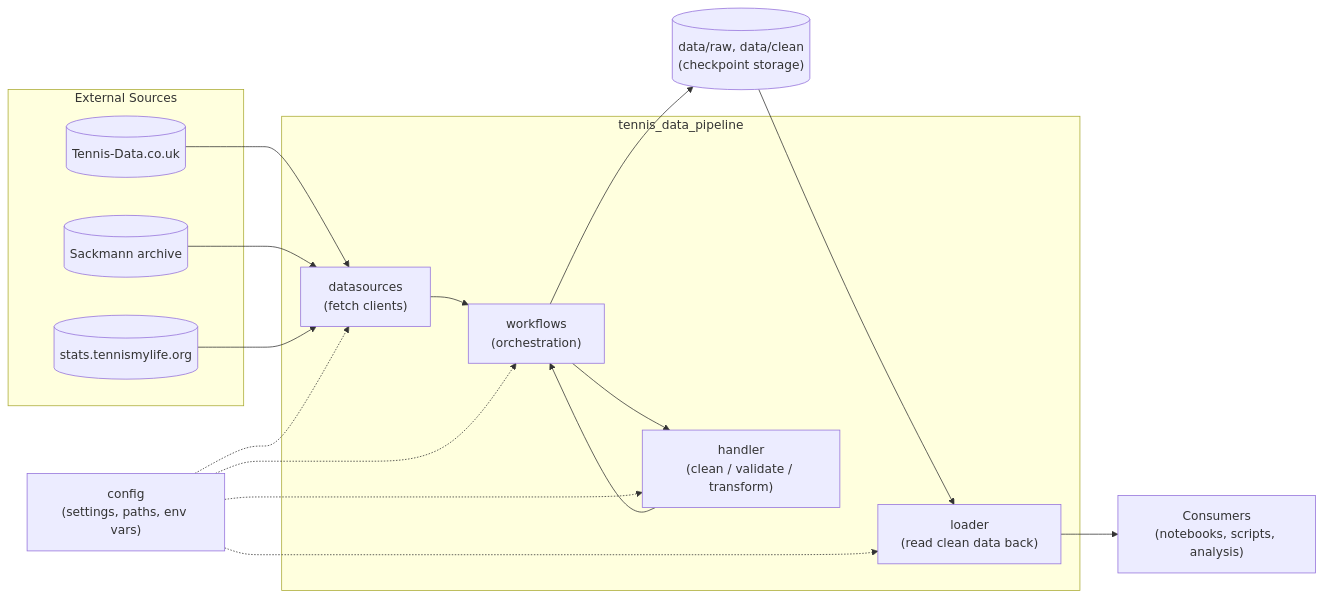
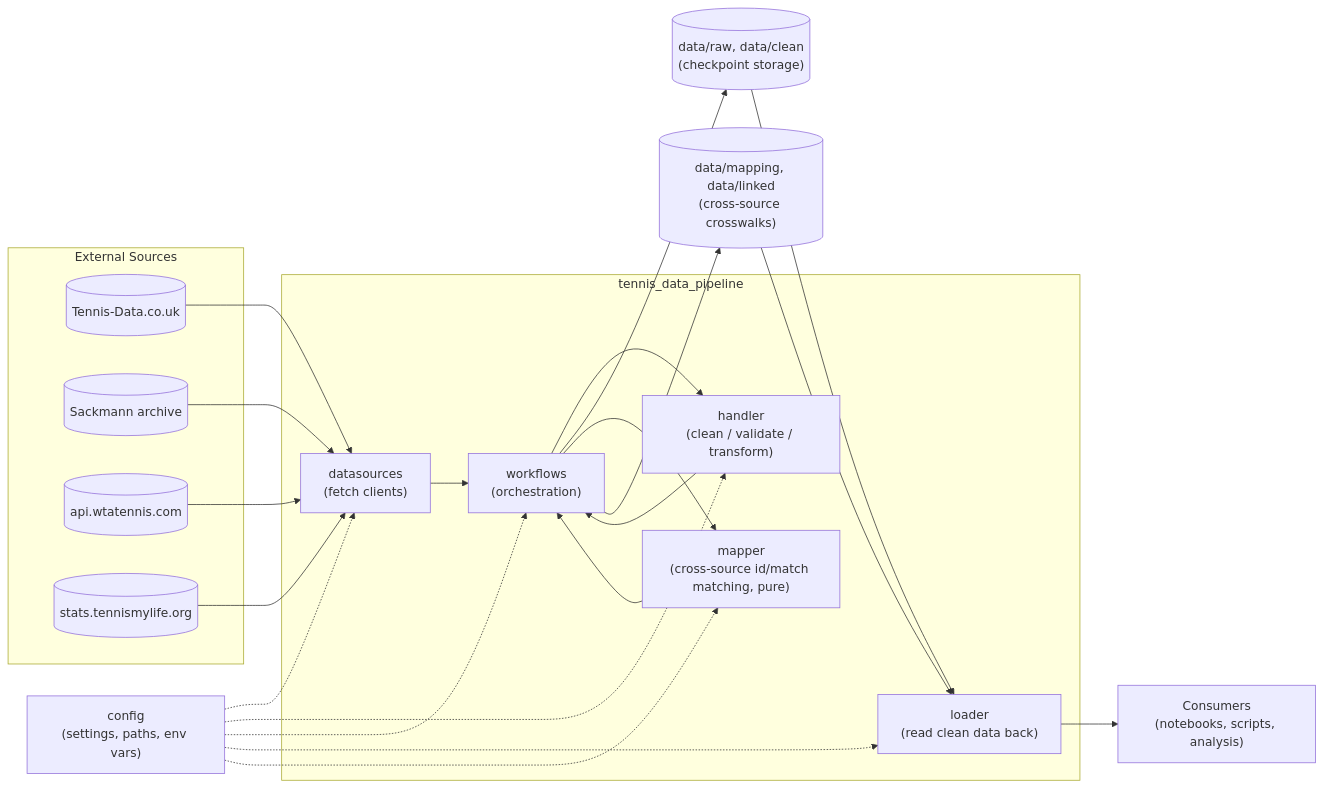
One commit to nick-benelli/Tennis-Data-Pipeline changed the first of 2 diagrams in docs/architecture/README.md. Above: the diagram before and after it, drawn with Mermaid. The commit also changed other lines of this file, not shown here.

````diff
--- a/docs/architecture/README.md
+++ b/docs/architecture/README.md
@@ -63,33 +71,42 @@
 ```mermaid
 flowchart LR
     subgraph External["External Sources"]
         S1[("Tennis-Data.co.uk")]
         S2[("Sackmann archive")]
-        S3[("stats.tennismylife.org")]
+        S3[("api.wtatennis.com")]
+        S4[("stats.tennismylife.org")]
     end
 
     subgraph Pipeline["tennis_data_pipeline"]
         DS["datasources\n(fetch clients)"]
         HD["handler\n(clean / validate / transform)"]
         WF["workflows\n(orchestration)"]
         LD["loader\n(read clean data back)"]
+        MP["mapper\n(cross-source id/match matching, pure)"]
     end
 
     CFG["config\n(settings, paths, env vars)"]
     STORE[("data/raw, data/clean\n(checkpoint storage)")]
+    MAPSTORE[("data/mapping, data/linked\n(cross-source crosswalks)")]
     Consumers["Consumers\n(notebooks, scripts, analysis)"]
 
     S1 --> DS
     S2 --> DS
     S3 --> DS
+    S4 --> DS
     DS --> WF
     WF --> HD
     HD --> WF
     WF --> STORE
     STORE --> LD
     LD --> Consumers
+    WF --> MP
+    MP --> WF
+    WF --> MAPSTORE
+    MAPSTORE --> LD
     CFG -.-> DS
     CFG -.-> HD
     CFG -.-> WF
     CFG -.-> LD
+    CFG -.-> MP
 ```
````
